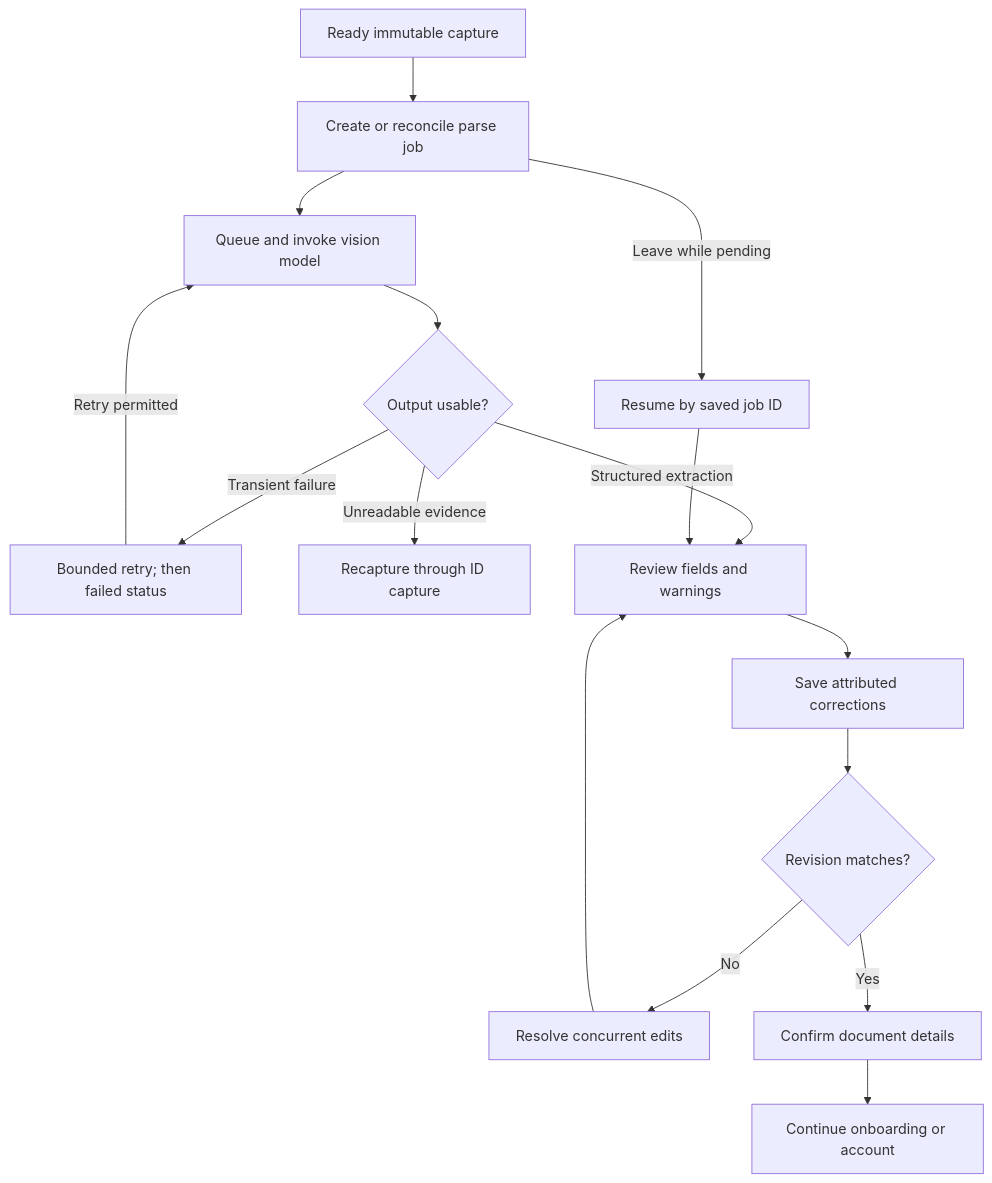
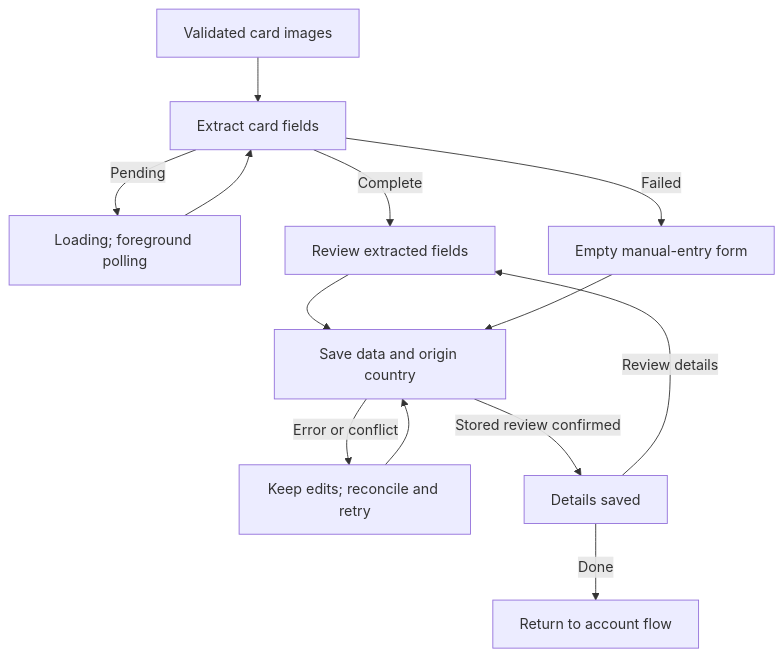
One commit to lambdawalker/design.attestra changed the diagram in auth/onboarding/id-parsing/flow.md. Above: the diagram before and after it, drawn with Mermaid. The commit also changed other lines of this file and 19 other files, not shown here.

Commit message:
docs: align capture extraction review and completion flows

````diff
--- a/auth/onboarding/id-parsing/flow.md
+++ b/auth/onboarding/id-parsing/flow.md
@@ -3,18 +5,15 @@
 ```mermaid
 flowchart TD
-    A["Ready immutable capture"] --> B["Create or reconcile parse job"]
-    B --> C["Queue and invoke vision model"]
-    C --> D{"Output usable?"}
-    D -->|Transient failure| E["Bounded retry; then failed status"]
-    E -->|Retry permitted| C
-    D -->|Unreadable evidence| F["Recapture through ID capture"]
-    D -->|Structured extraction| G["Review fields and warnings"]
-    G --> H["Save attributed corrections"]
-    H --> I{"Revision matches?"}
-    I -->|No| J["Resolve concurrent edits"]
-    J --> G
-    I -->|Yes| K["Confirm document details"]
-    K --> L["Continue onboarding or account"]
-    B -->|Leave while pending| M["Resume by saved job ID"]
-    M --> G
+    A["Validated card images"] --> B["Extract card fields"]
+    B -->|Pending| C["Loading; foreground polling"]
+    C --> B
+    B -->|Complete| D["Review extracted fields"]
+    B -->|Failed| E["Empty manual-entry form"]
+    D --> F["Save data and origin country"]
+    E --> F
+    F -->|Error or conflict| G["Keep edits; reconcile and retry"]
+    G --> F
+    F -->|Stored review confirmed| H["Details saved"]
+    H -->|Review details| D
+    H -->|Done| I["Return to account flow"]
 ```
````
